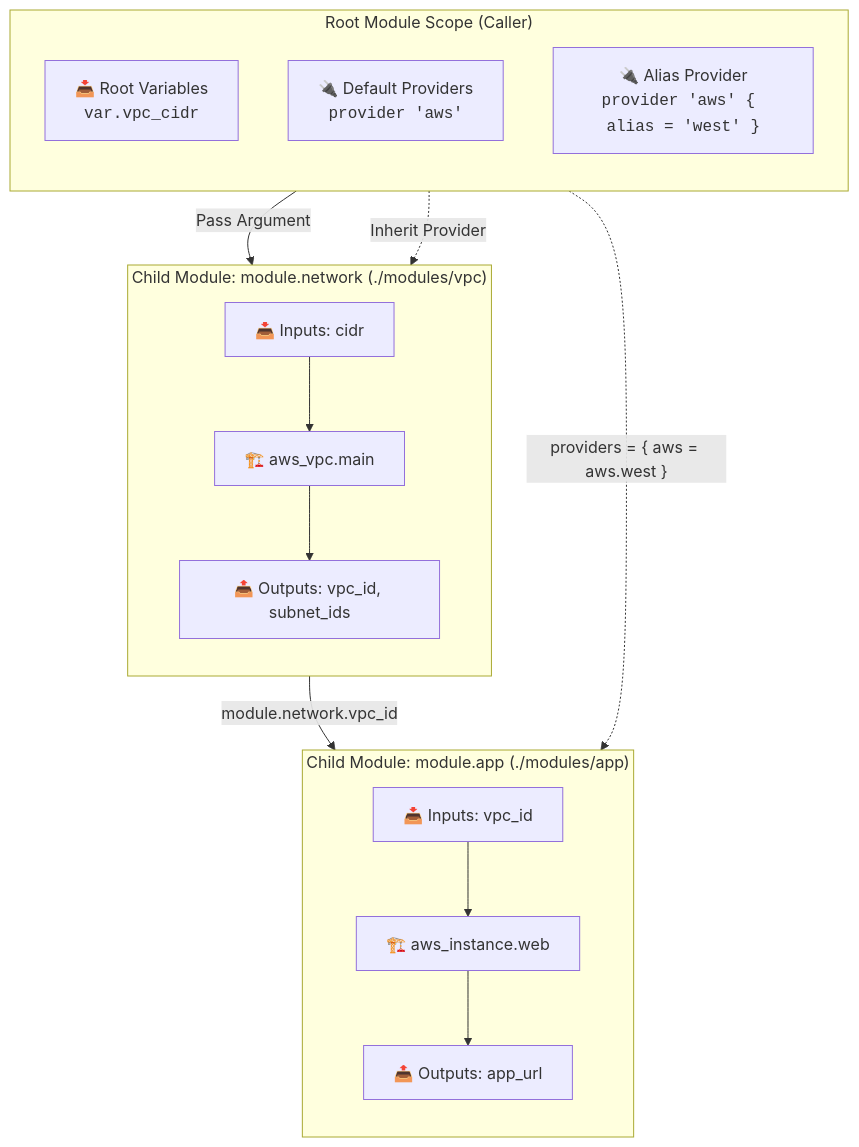
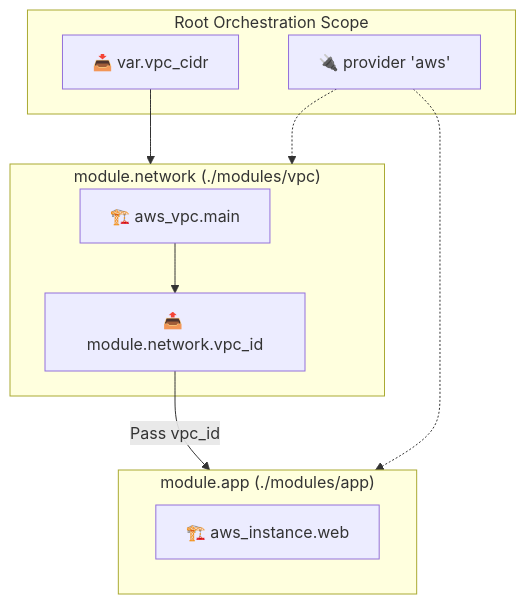
The diagram in docs/guides/08-modules.md (dnf0/terralings), drawn with Mermaid before and after one commit. The commit also changed other lines of this file and 18 other files, not shown here.

First line of the commit message:
docs(guides): simplify mermaid diagrams and add conceptual breakdowns (#24)

````diff
--- a/docs/guides/08-modules.md
+++ b/docs/guides/08-modules.md
@@ -17,24 +17,19 @@
 ```mermaid
 flowchart TD
-    subgraph RootModule["Root Module Scope (Caller)"]
-        direction TB
-        Vars["📥 Root Variables<br/><code>var.vpc_cidr</code>"]
-        DefProv["🔌 Default Providers<br/><code>provider 'aws'</code>"]
-        AliasProv["🔌 Alias Provider<br/><code>provider 'aws' { alias = 'west' }</code>"]
+    subgraph RootModule["Root Orchestration Scope"]
+        Vars["📥 var.vpc_cidr"]
+        Prov["🔌 provider 'aws'"]
     end
 
-    subgraph ChildVPC["Child Module: module.network (./modules/vpc)"]
-        direction TB
-        VPCInputs["📥 Inputs: cidr"] --> VPCRes["🏗️ aws_vpc.main"] --> VPCOutputs["📤 Outputs: vpc_id, subnet_ids"]
+    subgraph NetworkMod["module.network (./modules/vpc)"]
+        NetRes["🏗️ aws_vpc.main"] --> NetOut["📤 module.network.vpc_id"]
     end
 
-    subgraph ChildApp["Child Module: module.app (./modules/app)"]
-        direction TB
-        AppInputs["📥 Inputs: vpc_id"] --> AppRes["🏗️ aws_instance.web"] --> AppOutputs["📤 Outputs: app_url"]
+    subgraph AppMod["module.app (./modules/app)"]
+        AppRes["🏗️ aws_instance.web"]
     end
 
-    Vars -->|"Pass Argument"| VPCInputs
-    DefProv -.->|"Inherit Provider"| ChildVPC
-    AliasProv -.->|"providers = { aws = aws.west }"| ChildApp
-    VPCOutputs -->|"module.network.vpc_id"| AppInputs
+    Vars --> NetworkMod
+    Prov -.-> NetworkMod & AppMod
+    NetOut -->|"Pass vpc_id"| AppMod
 ```
````
